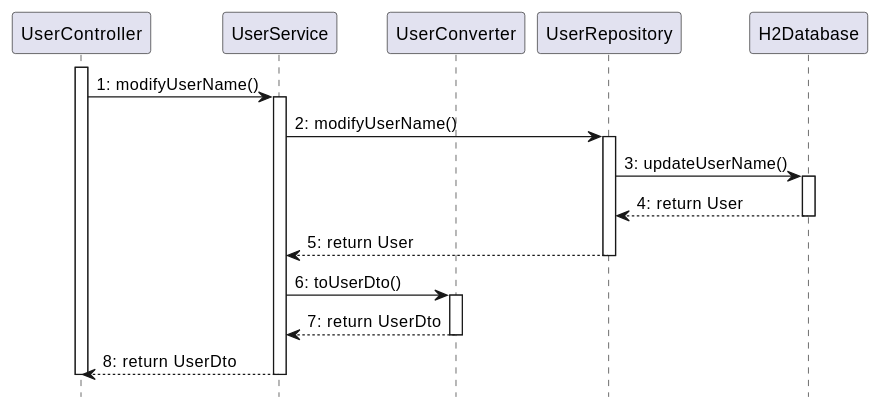
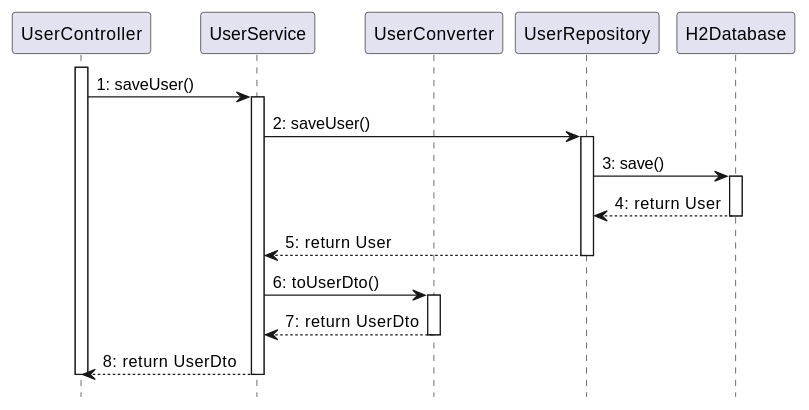
Before and after one commit to SE2-group4/SE1-project: the sixth of 14 diagrams in docs/DesignDocument.md, drawn with PlantUML. The commit also changed other lines of this file, not shown here.

````diff
--- a/docs/DesignDocument.md
+++ b/docs/DesignDocument.md
@@ -515,37 +525,37 @@
 ```plantuml
 @startuml
 hide footbox
 skinparam shadowing false
 
 participant UserController as UC
 participant UserService as US
 participant UserConverter as UCV
 participant UserRepository as UR
 participant H2Database as H2
 
 activate UC
-UC -> US: 1: modifyUserName()
+UC -> US: 1: saveUser()
 activate US
 
-US -> UR: 2: modifyUserName()
+US -> UR: 2: saveUser()
 activate UR
 
-UR -> H2: 3: updateUserName()
+UR -> H2: 3: save()
 
 activate H2
 H2 --> UR: 4: return User
 deactivate H2
 
 
 UR --> US: 5: return User
 deactivate UR
 
 US -> UCV: 6: toUserDto()
 activate UCV
 UCV --> US: 7: return UserDto
 deactivate UCV
 US --> UC: 8: return UserDto
 deactivate US
 deactivate UC
 @enduml
 ```
````
